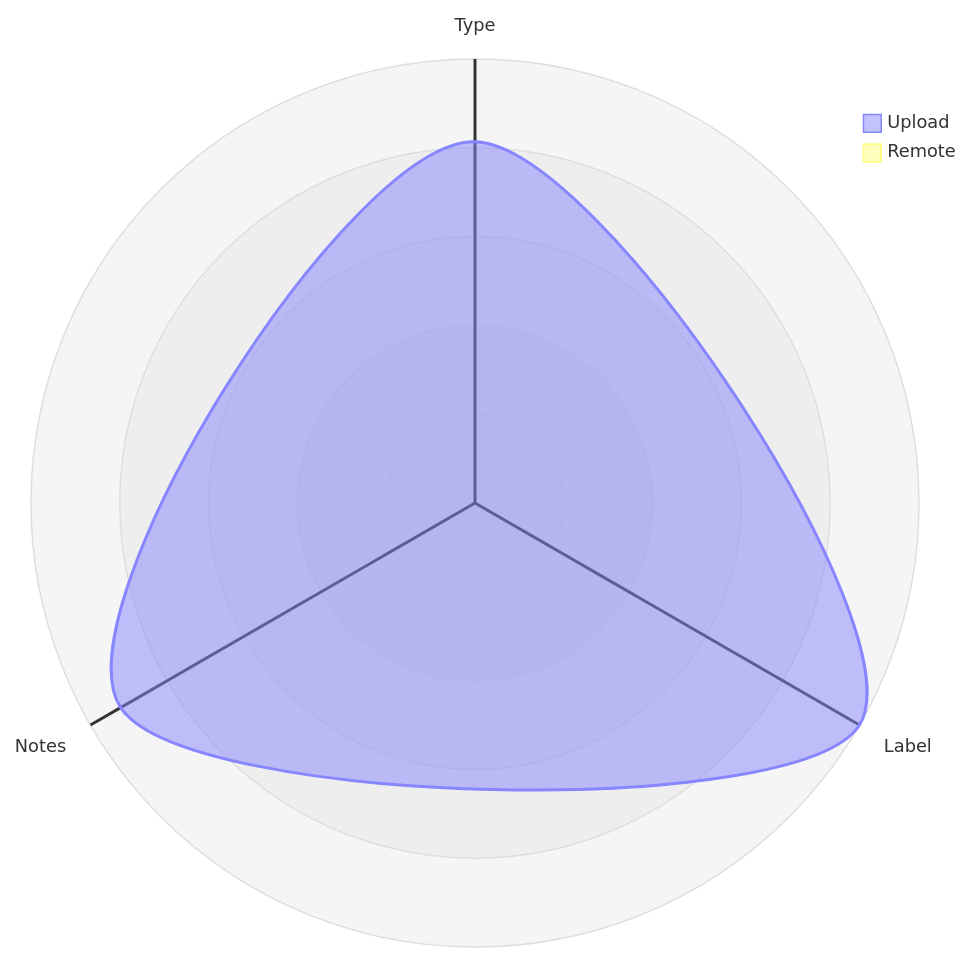
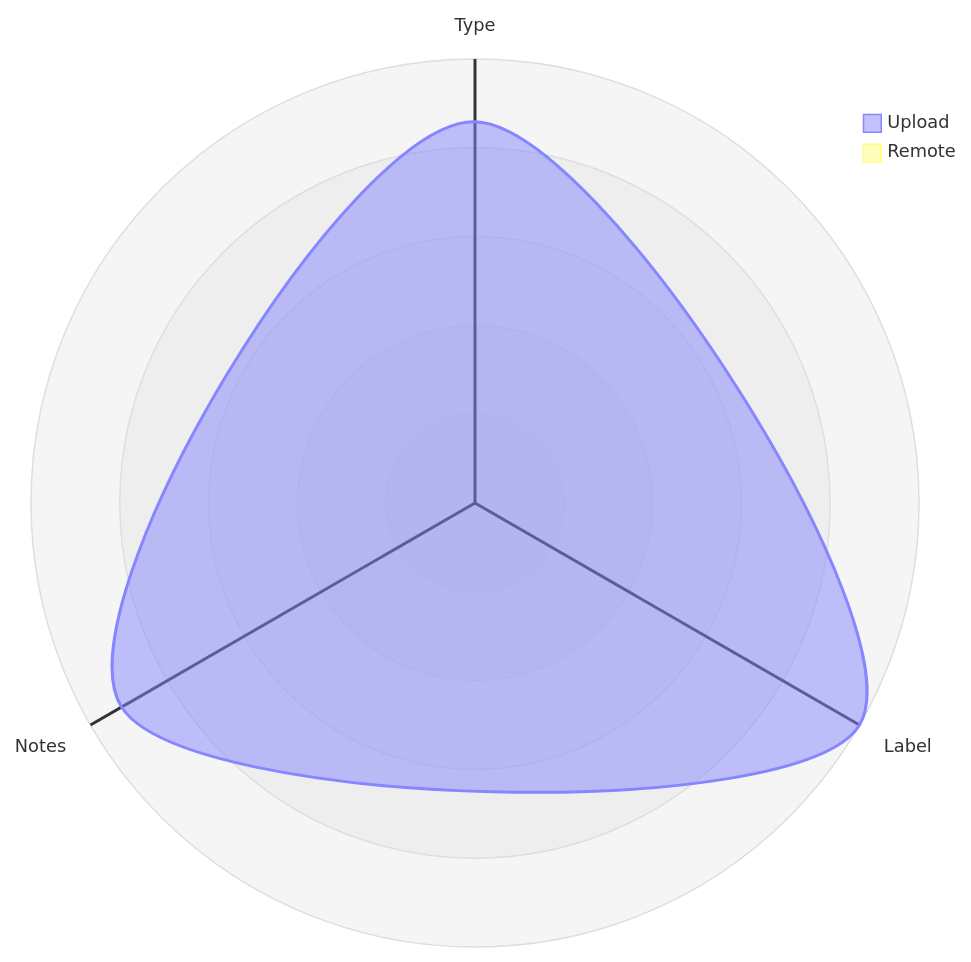
The third of 5 diagrams in datastore_tracker/README.md (open-data/analytics-corporate-reporting), drawn with Mermaid before and after one commit. The commit also changed 6 other files, not shown here.

````diff
--- a/datastore_tracker/README.md
+++ b/datastore_tracker/README.md
@@ -106,12 +106,12 @@
 ```mermaid
 radar-beta
   axis T["Type"], L["Label"], N["Notes"]
-  curve u["Upload"]{0.00083, 0.00102, 0.00094}
+  curve u["Upload"]{0.00085, 0.00099, 0.00091}
   curve r["Remote"]{0, 0, 0}
 
   showLegend true
 
   min 0
   graticule circle
   ticks 5
 ```
````
